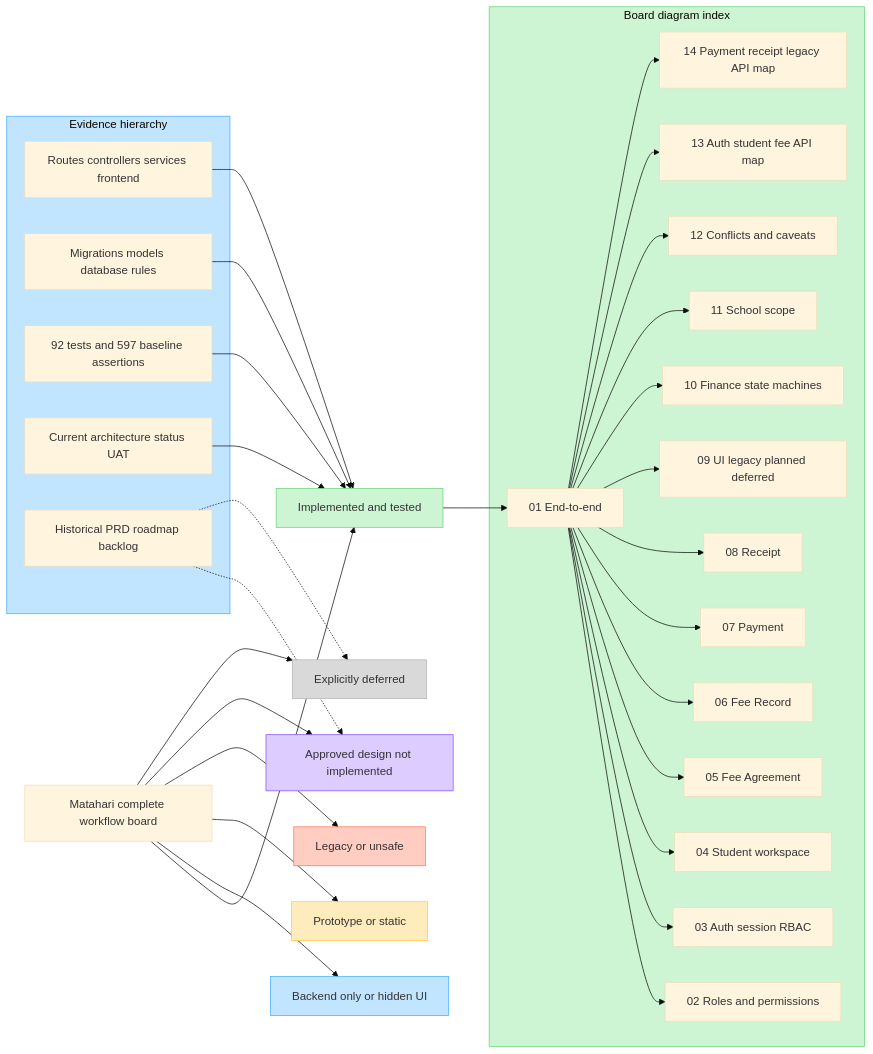
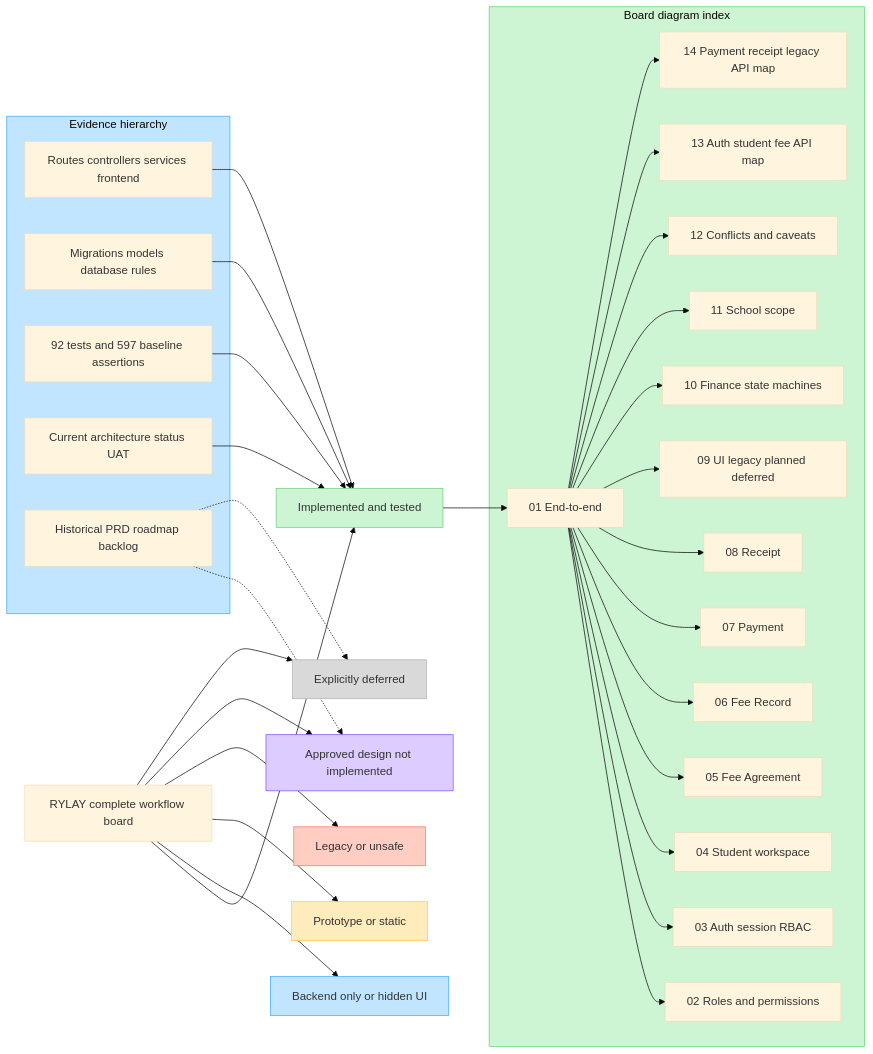
Before and after one commit to Kaikaiyng/Matahari: the diagram in docs/workflow-diagrams/00-reading-guide.mmd, drawn with Mermaid (base theme). The commit also changed 27 other files, not shown here.

Commit message:
docs: complete RYLAY rename guidance

```diff
--- a/docs/workflow-diagrams/00-reading-guide.mmd
+++ b/docs/workflow-diagrams/00-reading-guide.mmd
@@ -1,53 +1,53 @@
 flowchart LR
-    title["Matahari complete workflow board"]
+    title["RYLAY complete workflow board"]
     implemented["Implemented and tested"]
     backendOnly["Backend only or hidden UI"]
     prototype["Prototype or static"]
     legacy["Legacy or unsafe"]
     approved["Approved design not implemented"]
     deferred["Explicitly deferred"]
 
     subgraph evidence ["Evidence hierarchy"]
         runtime["Routes controllers services frontend"]
         persistence["Migrations models database rules"]
         tests["92 tests and 597 baseline assertions"]
         currentDocs["Current architecture status UAT"]
         historicalDocs["Historical PRD roadmap backlog"]
     end
 
     subgraph boardIndex ["Board diagram index"]
         overview["01 End-to-end"]
         roles["02 Roles and permissions"]
         auth["03 Auth session RBAC"]
         student["04 Student workspace"]
         agreement["05 Fee Agreement"]
         feeRecord["06 Fee Record"]
         payment["07 Payment"]
         receipt["08 Receipt"]
         boundaries["09 UI legacy planned deferred"]
         states["10 Finance state machines"]
         schoolScope["11 School scope"]
         caveats["12 Conflicts and caveats"]
         coreApi["13 Auth student fee API map"]
         financeApi["14 Payment receipt legacy API map"]
     end
 
     title --> implemented & backendOnly & prototype & legacy & approved & deferred
     runtime --> implemented
     persistence --> implemented
     tests --> implemented
     currentDocs --> implemented
     historicalDocs -.-> approved
     historicalDocs -.-> deferred
     implemented --> overview
     overview --> roles & auth & student & agreement & feeRecord & payment & receipt
     overview --> boundaries & states & schoolScope & caveats & coreApi & financeApi
 
     style evidence fill:#C2E5FF,stroke:#3DADFF
     style boardIndex fill:#CDF4D3,stroke:#66D575
     style implemented fill:#CDF4D3,stroke:#66D575
     style backendOnly fill:#C2E5FF,stroke:#3DADFF
     style prototype fill:#FFECBD,stroke:#FFC943
     style legacy fill:#FFCDC2,stroke:#FF7556
     style approved fill:#DCCCFF,stroke:#874FFF
     style deferred fill:#D9D9D9,stroke:#B3B3B3
```
